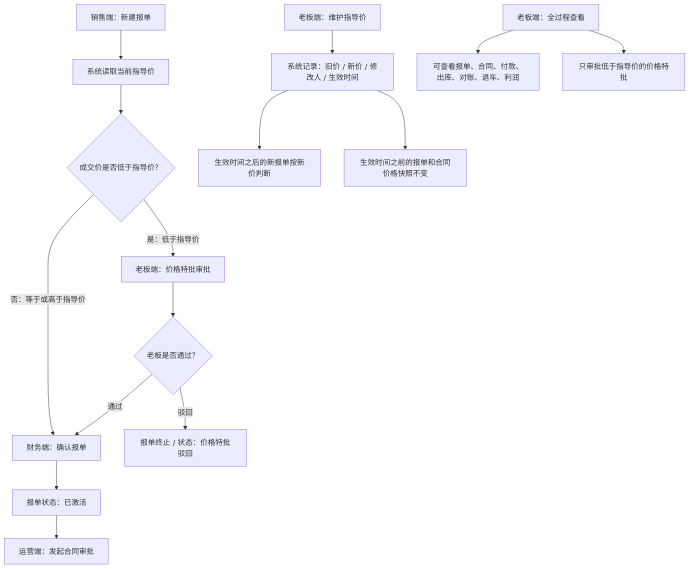
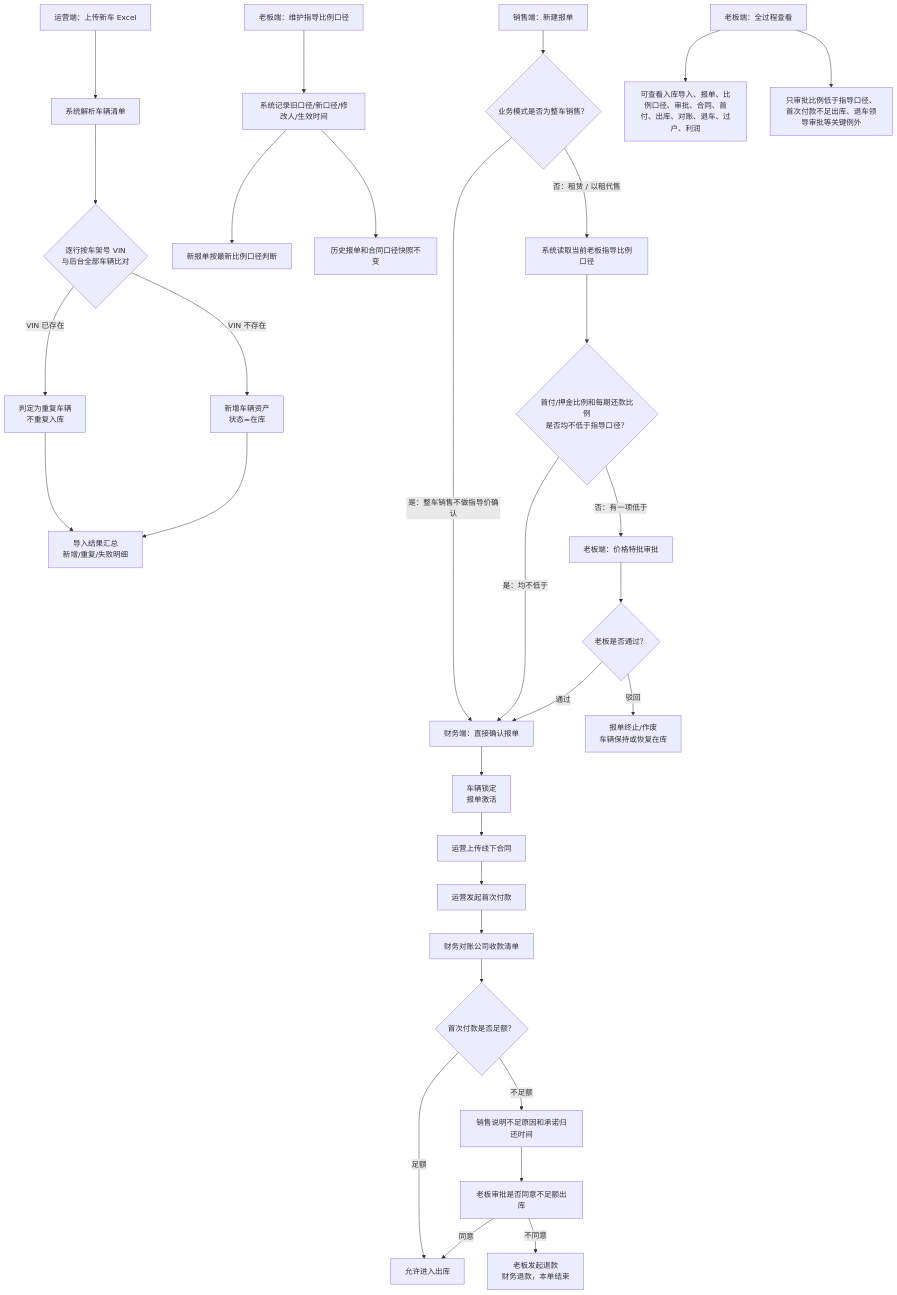
Before and after one commit to erfaliu72/jiefang: the diagram in docs/workflows/global.mmd, drawn with Mermaid. The commit also changed 13 other files, not shown here.

```diff
--- a/docs/workflows/global.mmd
+++ b/docs/workflows/global.mmd
@@ -1,15 +1,34 @@
 flowchart TD
-    A["销售端：新建报单"] --> B["系统读取当前指导价"]
-    B --> C{"成交价是否低于指导价？"}
-    C -- "否：等于或高于指导价" --> D["财务端：确认报单"]
-    C -- "是：低于指导价" --> E["老板端：价格特批审批"]
-    E --> F{"老板是否通过？"}
-    F -- "驳回" --> G["报单终止 / 状态：价格特批驳回"]
-    F -- "通过" --> D
-    D --> H["报单状态：已激活"]
-    H --> I["运营端：发起合同审批"]
-    J["老板端：维护指导价"] --> K["系统记录：旧价 / 新价 / 修改人 / 生效时间"]
-    K --> L["生效时间之后的新报单按新价判断"]
-    K --> M["生效时间之前的报单和合同价格快照不变"]
-    N["老板端：全过程查看"] --> O["可查看报单、合同、付款、出库、对账、退车、利润"]
-    N --> P["只审批低于指导价的价格特批"]
+    A["运营端：上传新车 Excel"] --> B["系统解析车辆清单"]
+    B --> C{"逐行按车架号 VIN<br/>与后台全部车辆比对"}
+    C -- "VIN 已存在" --> D["判定为重复车辆<br/>不重复入库"]
+    C -- "VIN 不存在" --> E["新增车辆资产<br/>状态=在库"]
+    D --> F["导入结果汇总<br/>新增/重复/失败明细"]
+    E --> F
+
+    G["老板端：维护指导比例口径"] --> H["系统记录旧口径/新口径/修改人/生效时间"]
+    H --> I["新报单按最新比例口径判断"]
+    H --> J["历史报单和合同口径快照不变"]
+
+    K["销售端：新建报单"] --> L{"业务模式是否为整车销售？"}
+    L -- "是：整车销售不做指导价确认" --> N["财务端：直接确认报单"]
+    L -- "否：租赁 / 以租代售" --> M["系统读取当前老板指导比例口径"]
+    M --> M1{"首付/押金比例和每期还款比例<br/>是否均不低于指导口径？"}
+    M1 -- "是：均不低于" --> N
+    M1 -- "否：有一项低于" --> O["老板端：价格特批审批"]
+    O --> P{"老板是否通过？"}
+    P -- "驳回" --> Q["报单终止/作废<br/>车辆保持或恢复在库"]
+    P -- "通过" --> N
+    N --> R["车辆锁定<br/>报单激活"]
+    R --> S["运营上传线下合同"]
+    S --> T["运营发起首次付款"]
+    T --> U["财务对账公司收款清单"]
+    U --> V{"首次付款是否足额？"}
+    V -- "足额" --> W["允许进入出库"]
+    V -- "不足额" --> X["销售说明不足原因和承诺归还时间"]
+    X --> Y["老板审批是否同意不足额出库"]
+    Y -- "同意" --> W
+    Y -- "不同意" --> Z["老板发起退款<br/>财务退款，本单结束"]
+
+    AA["老板端：全过程查看"] --> AB["可查看入库导入、报单、比例口径、审批、合同、首付、出库、对账、退车、过户、利润"]
+    AA --> AC["只审批比例低于指导口径、首次付款不足出库、退车领导审批等关键例外"]
```
